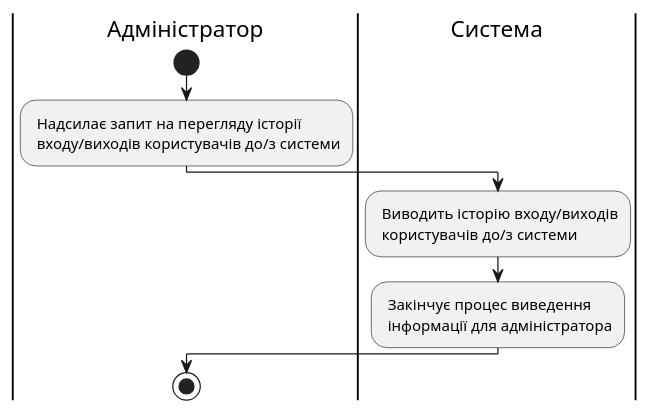
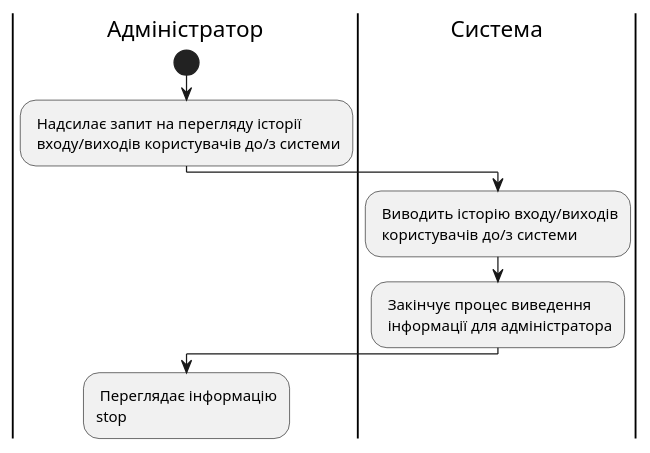
One commit to anastasiadyvnich/edu_db_labs changed diagram 12 of 14 in docs/use cases/README.md. Above: the diagram before and after it, drawn with PlantUML. The commit also changed other lines of this file, not shown here.

```diff
--- a/docs/use cases/README.md
+++ b/docs/use cases/README.md
@@ -417,16 +427,17 @@
 @startuml
 
     |Адміністратор|
     start;
     : Надсилає запит на перегляду історії\n входу/виходів користувачів до/з системи;
 
     |Система|
     : Виводить історію входу/виходів\n користувачів до/з системи;
 
     |Система|
     : Закінчує процес виведення\n інформації для адміністратора;
 
     |Адміністратор|
+    : Переглядає інформацію
     stop;
 
 @enduml
```
